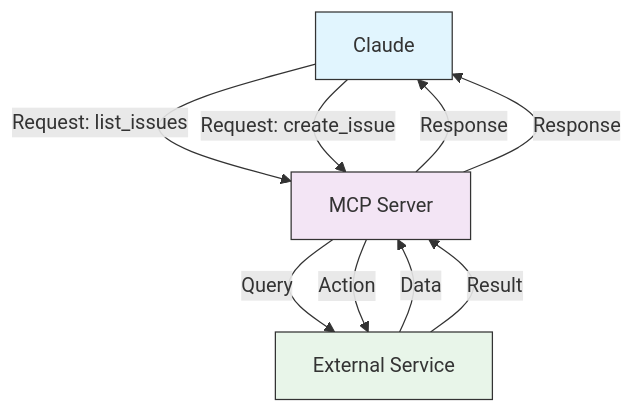
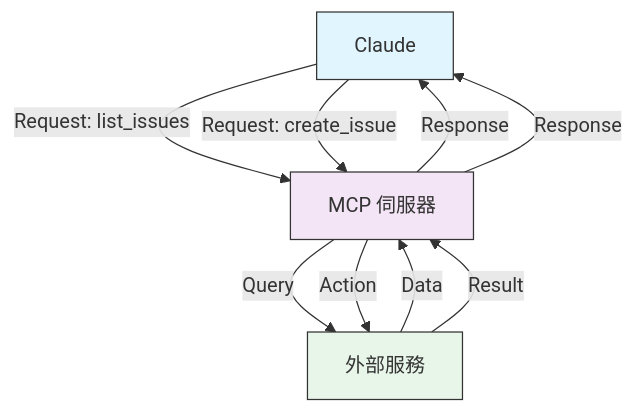
The first of 7 diagrams in 05-mcp/README.md (huckly/claude-howto-zh-tw), drawn with Mermaid before and after one commit. The commit also changed other lines of this file, not shown here.

Commit message:
🔌 05-mcp：MCP Protocol — 同步上游更新並翻譯

````diff
--- a/05-mcp/README.md
+++ b/05-mcp/README.md
@@ -27,20 +23,20 @@
 ```mermaid
 graph TB
     A["Claude"]
-    B["MCP Server"]
-    C["External Service"]
+    B["MCP 伺服器"]
+    C["外部服務"]
 
     A -->|Request: list_issues| B
     B -->|Query| C
     C -->|Data| B
     B -->|Response| A
 
     A -->|Request: create_issue| B
     B -->|Action| C
     C -->|Result| B
     B -->|Response| A
 
     style A fill:#e1f5fe,stroke:#333,color:#333
     style B fill:#f3e5f5,stroke:#333,color:#333
     style C fill:#e8f5e9,stroke:#333,color:#333
 ```
````
